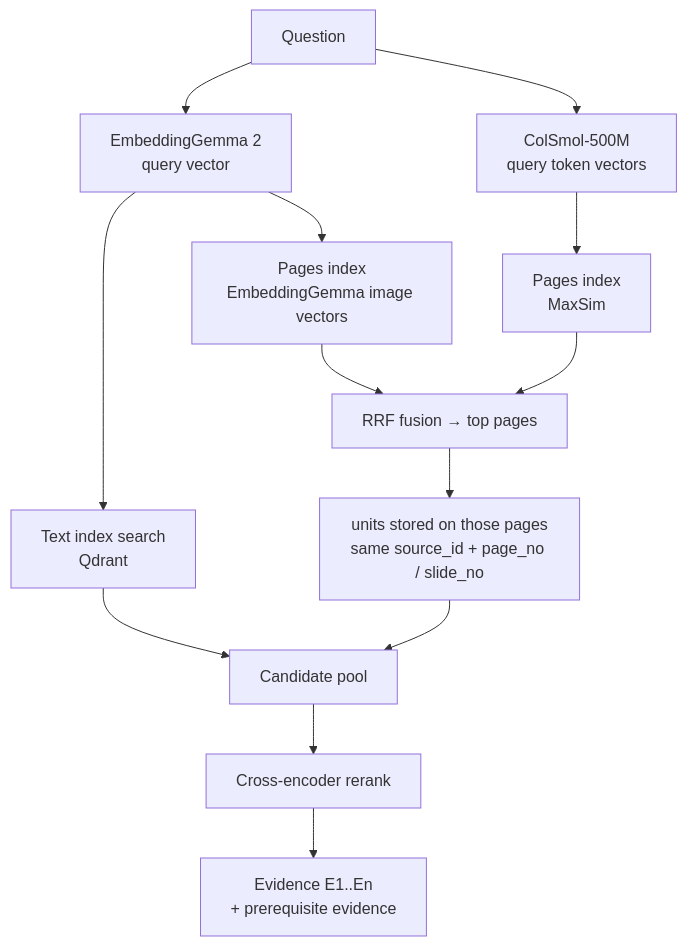
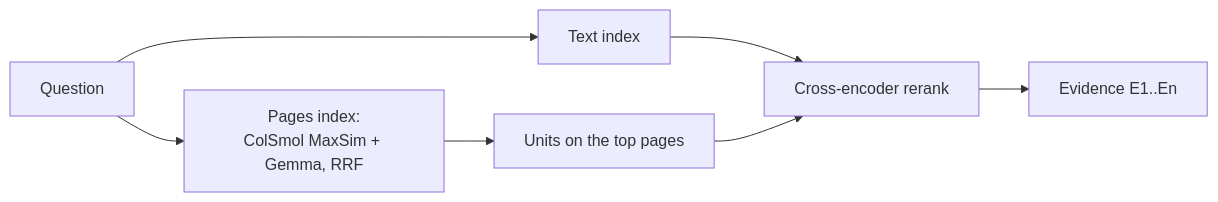
Before and after one commit to Aryan1092raj/Loopers: the third of 5 diagrams in README.md, drawn with Mermaid. The commit also changed other lines of this file, not shown here.

````diff
--- a/README.md
+++ b/README.md
@@ -178,15 +73,9 @@
 ```mermaid
-flowchart TD
-    Q[Question] --> E[EmbeddingGemma 2<br/>query vector]
-    E --> T[Text index search<br/>Qdrant]
-    Q --> CS[ColSmol-500M<br/>query token vectors]
-    CS --> PG[Pages index<br/>MaxSim]
-    E --> PGG[Pages index<br/>EmbeddingGemma image vectors]
-    PG --> F[RRF fusion → top pages]
-    PGG --> F
-    F --> M[units stored on those pages<br/>same source_id + page_no / slide_no]
-    T --> POOL[Candidate pool]
-    M --> POOL
-    POOL --> RR[Cross-encoder rerank]
-    RR --> EV[Evidence E1..En<br/>+ prerequisite evidence]
+flowchart LR
+    Q[Question] --> T[Text index]
+    Q --> P[Pages index:<br/>ColSmol MaxSim + Gemma, RRF]
+    P --> U[Units on the top pages]
+    T --> RR[Cross-encoder rerank]
+    U --> RR
+    RR --> E[Evidence E1..En]
 ```
````
